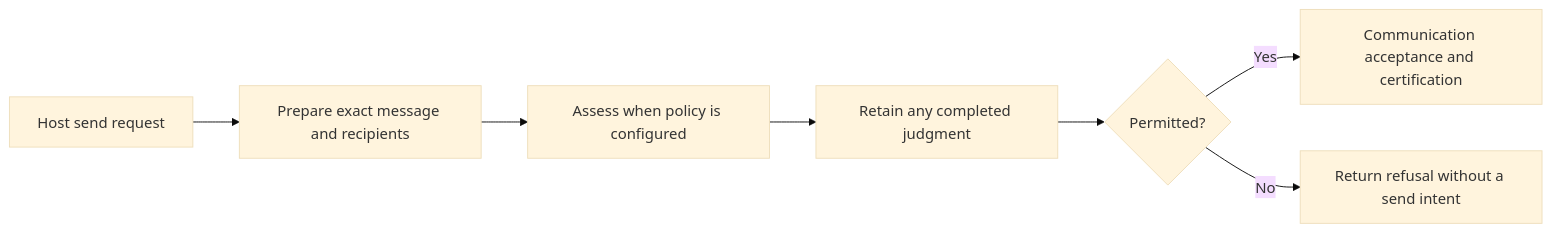
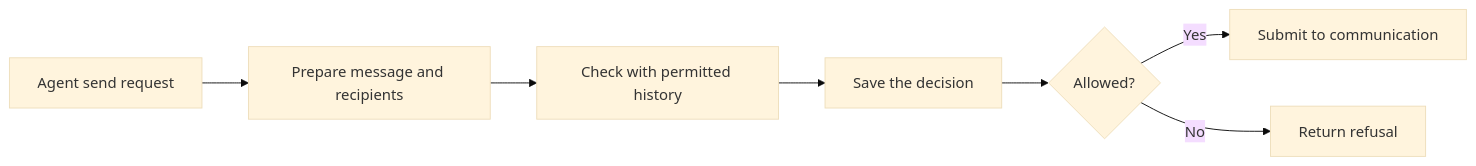
Before and after one commit to social-harness/moltzap: the third of 3 diagrams in packages/social-harness/src/daemon/README.md, drawn with Mermaid (base theme). The commit also changed other lines of this file and 1 other file, not shown here.

Commit message:
Restore daemon README and state withheld-history rule directly

````diff
--- a/packages/social-harness/src/daemon/README.md
+++ b/packages/social-harness/src/daemon/README.md
@@ -59,9 +38,9 @@
 ```mermaid
 flowchart LR
-  A[Host send request] --> B[Prepare exact message and recipients]
-  B --> C[Assess when policy is configured]
-  C --> D[Retain any completed judgment]
-  D --> E{Permitted?}
-  E -->|Yes| F[Communication acceptance and certification]
-  E -->|No| G[Return refusal without a send intent]
+  A[Agent send request] --> B[Prepare message and recipients]
+  B --> C[Check with permitted history]
+  C --> D[Save the decision]
+  D --> E{Allowed?}
+  E -->|Yes| F[Submit to communication]
+  E -->|No| G[Return refusal]
 ```
````
